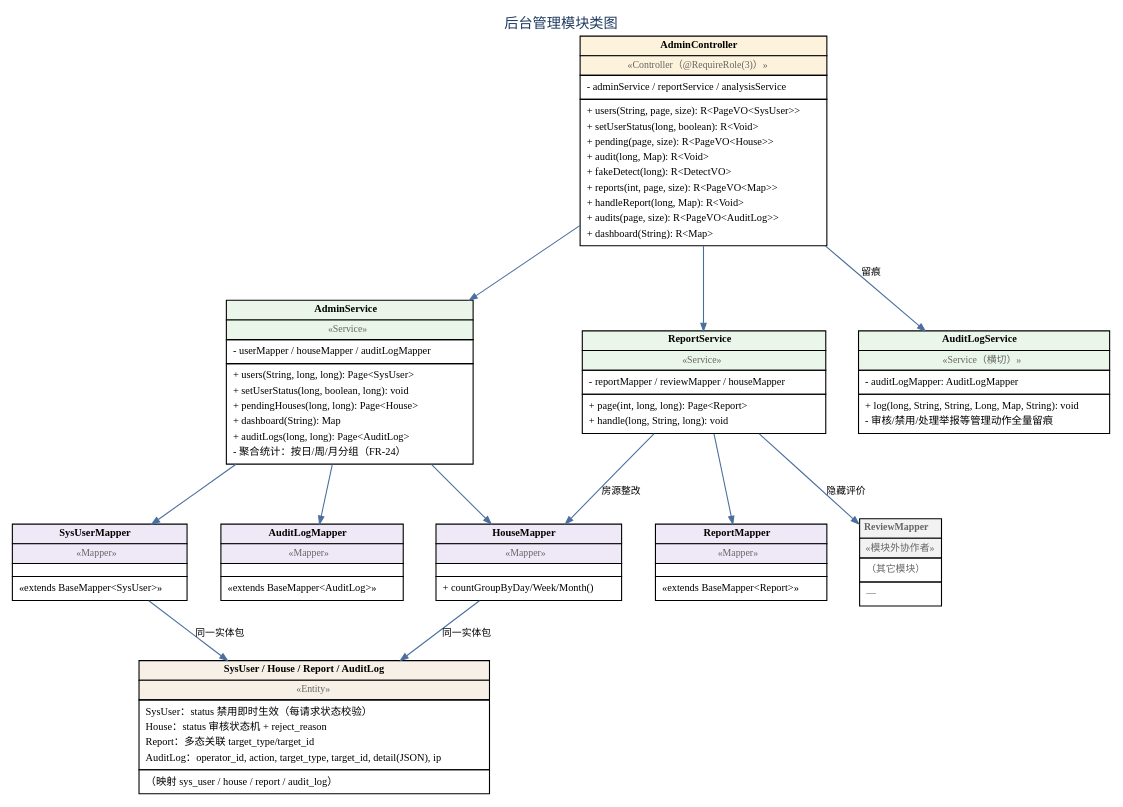
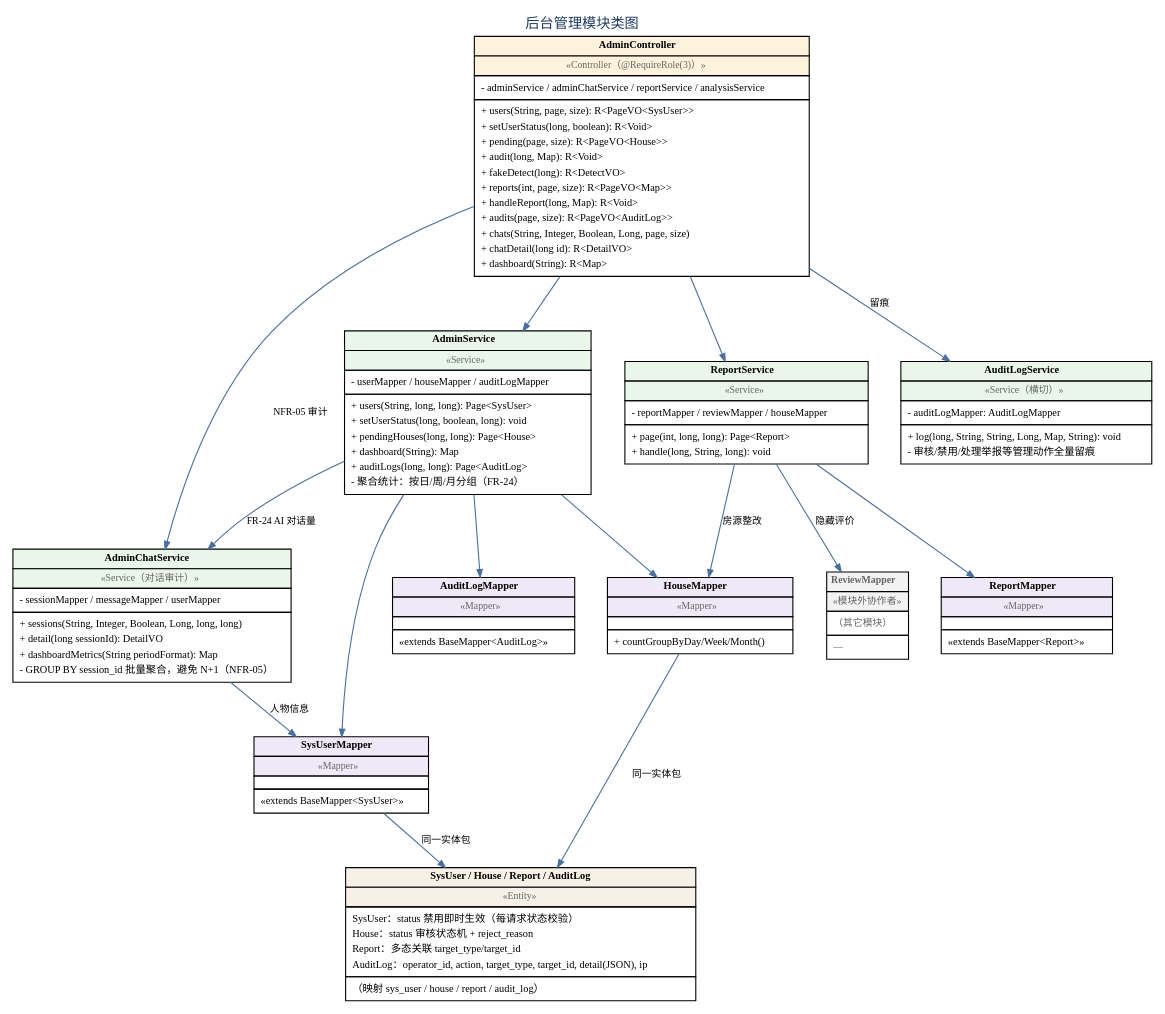
One commit to chuanshanjia666/RentAgent changed the diagram in doc/03.概要设计/assets/figures/fig_3_1_cls_admin.dot. Above: the diagram before and after it, drawn with Graphviz. The commit also changed 32 other files, not shown here.

Commit message:
feat:添加管理员后台视图

```diff
--- a/doc/03.概要设计/assets/figures/fig_3_1_cls_admin.dot
+++ b/doc/03.概要设计/assets/figures/fig_3_1_cls_admin.dot
@@ -5,25 +5,29 @@
   node  [fontname="Microsoft YaHei", fontsize=9.5, shape=plaintext, margin=0];
   edge  [fontname="Microsoft YaHei", fontsize=9, color="#4a6f9e", penwidth=1.0,
          arrowsize=0.7, style=solid];
-  n0 [shape=plaintext, label=<<TABLE BORDER="0" CELLBORDER="1" CELLSPACING="0" CELLPADDING="3"><TR><TD BGCOLOR="#fdf3dc"><B>AdminController</B></TD></TR><TR><TD BGCOLOR="#fdf3dc"><FONT POINT-SIZE="9" COLOR="#666666">&#171;Controller（@RequireRole(3)）&#187;</FONT></TD></TR><TR><TD ALIGN="LEFT" BALIGN="LEFT"><TABLE BORDER="0" CELLBORDER="0" CELLSPACING="0"><TR><TD ALIGN="LEFT" BALIGN="LEFT">- adminService / reportService / analysisService</TD></TR></TABLE></TD></TR><TR><TD ALIGN="LEFT" BALIGN="LEFT"><TABLE BORDER="0" CELLBORDER="0" CELLSPACING="0"><TR><TD ALIGN="LEFT" BALIGN="LEFT">+ users(String, page, size): R&lt;PageVO&lt;SysUser&gt;&gt;</TD></TR><TR><TD ALIGN="LEFT" BALIGN="LEFT">+ setUserStatus(long, boolean): R&lt;Void&gt;</TD></TR><TR><TD ALIGN="LEFT" BALIGN="LEFT">+ pending(page, size): R&lt;PageVO&lt;House&gt;&gt;</TD></TR><TR><TD ALIGN="LEFT" BALIGN="LEFT">+ audit(long, Map): R&lt;Void&gt;</TD></TR><TR><TD ALIGN="LEFT" BALIGN="LEFT">+ fakeDetect(long): R&lt;DetectVO&gt;</TD></TR><TR><TD ALIGN="LEFT" BALIGN="LEFT">+ reports(int, page, size): R&lt;PageVO&lt;Map&gt;&gt;</TD></TR><TR><TD ALIGN="LEFT" BALIGN="LEFT">+ handleReport(long, Map): R&lt;Void&gt;</TD></TR><TR><TD ALIGN="LEFT" BALIGN="LEFT">+ audits(page, size): R&lt;PageVO&lt;AuditLog&gt;&gt;</TD></TR><TR><TD ALIGN="LEFT" BALIGN="LEFT">+ dashboard(String): R&lt;Map&gt;</TD></TR></TABLE></TD></TR></TABLE>>];
+  n0 [shape=plaintext, label=<<TABLE BORDER="0" CELLBORDER="1" CELLSPACING="0" CELLPADDING="3"><TR><TD BGCOLOR="#fdf3dc"><B>AdminController</B></TD></TR><TR><TD BGCOLOR="#fdf3dc"><FONT POINT-SIZE="9" COLOR="#666666">&#171;Controller（@RequireRole(3)）&#187;</FONT></TD></TR><TR><TD ALIGN="LEFT" BALIGN="LEFT"><TABLE BORDER="0" CELLBORDER="0" CELLSPACING="0"><TR><TD ALIGN="LEFT" BALIGN="LEFT">- adminService / adminChatService / reportService / analysisService</TD></TR></TABLE></TD></TR><TR><TD ALIGN="LEFT" BALIGN="LEFT"><TABLE BORDER="0" CELLBORDER="0" CELLSPACING="0"><TR><TD ALIGN="LEFT" BALIGN="LEFT">+ users(String, page, size): R&lt;PageVO&lt;SysUser&gt;&gt;</TD></TR><TR><TD ALIGN="LEFT" BALIGN="LEFT">+ setUserStatus(long, boolean): R&lt;Void&gt;</TD></TR><TR><TD ALIGN="LEFT" BALIGN="LEFT">+ pending(page, size): R&lt;PageVO&lt;House&gt;&gt;</TD></TR><TR><TD ALIGN="LEFT" BALIGN="LEFT">+ audit(long, Map): R&lt;Void&gt;</TD></TR><TR><TD ALIGN="LEFT" BALIGN="LEFT">+ fakeDetect(long): R&lt;DetectVO&gt;</TD></TR><TR><TD ALIGN="LEFT" BALIGN="LEFT">+ reports(int, page, size): R&lt;PageVO&lt;Map&gt;&gt;</TD></TR><TR><TD ALIGN="LEFT" BALIGN="LEFT">+ handleReport(long, Map): R&lt;Void&gt;</TD></TR><TR><TD ALIGN="LEFT" BALIGN="LEFT">+ audits(page, size): R&lt;PageVO&lt;AuditLog&gt;&gt;</TD></TR><TR><TD ALIGN="LEFT" BALIGN="LEFT">+ chats(String, Integer, Boolean, Long, page, size)</TD></TR><TR><TD ALIGN="LEFT" BALIGN="LEFT">+ chatDetail(long id): R&lt;DetailVO&gt;</TD></TR><TR><TD ALIGN="LEFT" BALIGN="LEFT">+ dashboard(String): R&lt;Map&gt;</TD></TR></TABLE></TD></TR></TABLE>>];
   n1 [shape=plaintext, label=<<TABLE BORDER="0" CELLBORDER="1" CELLSPACING="0" CELLPADDING="3"><TR><TD BGCOLOR="#eaf6ea"><B>AdminService</B></TD></TR><TR><TD BGCOLOR="#eaf6ea"><FONT POINT-SIZE="9" COLOR="#666666">&#171;Service&#187;</FONT></TD></TR><TR><TD ALIGN="LEFT" BALIGN="LEFT"><TABLE BORDER="0" CELLBORDER="0" CELLSPACING="0"><TR><TD ALIGN="LEFT" BALIGN="LEFT">- userMapper / houseMapper / auditLogMapper</TD></TR></TABLE></TD></TR><TR><TD ALIGN="LEFT" BALIGN="LEFT"><TABLE BORDER="0" CELLBORDER="0" CELLSPACING="0"><TR><TD ALIGN="LEFT" BALIGN="LEFT">+ users(String, long, long): Page&lt;SysUser&gt;</TD></TR><TR><TD ALIGN="LEFT" BALIGN="LEFT">+ setUserStatus(long, boolean, long): void</TD></TR><TR><TD ALIGN="LEFT" BALIGN="LEFT">+ pendingHouses(long, long): Page&lt;House&gt;</TD></TR><TR><TD ALIGN="LEFT" BALIGN="LEFT">+ dashboard(String): Map</TD></TR><TR><TD ALIGN="LEFT" BALIGN="LEFT">+ auditLogs(long, long): Page&lt;AuditLog&gt;</TD></TR><TR><TD ALIGN="LEFT" BALIGN="LEFT">- 聚合统计：按日/周/月分组（FR-24）</TD></TR></TABLE></TD></TR></TABLE>>];
-  n2 [shape=plaintext, label=<<TABLE BORDER="0" CELLBORDER="1" CELLSPACING="0" CELLPADDING="3"><TR><TD BGCOLOR="#eaf6ea"><B>ReportService</B></TD></TR><TR><TD BGCOLOR="#eaf6ea"><FONT POINT-SIZE="9" COLOR="#666666">&#171;Service&#187;</FONT></TD></TR><TR><TD ALIGN="LEFT" BALIGN="LEFT"><TABLE BORDER="0" CELLBORDER="0" CELLSPACING="0"><TR><TD ALIGN="LEFT" BALIGN="LEFT">- reportMapper / reviewMapper / houseMapper</TD></TR></TABLE></TD></TR><TR><TD ALIGN="LEFT" BALIGN="LEFT"><TABLE BORDER="0" CELLBORDER="0" CELLSPACING="0"><TR><TD ALIGN="LEFT" BALIGN="LEFT">+ page(int, long, long): Page&lt;Report&gt;</TD></TR><TR><TD ALIGN="LEFT" BALIGN="LEFT">+ handle(long, String, long): void</TD></TR></TABLE></TD></TR></TABLE>>];
-  n3 [shape=plaintext, label=<<TABLE BORDER="0" CELLBORDER="1" CELLSPACING="0" CELLPADDING="3"><TR><TD BGCOLOR="#eaf6ea"><B>AuditLogService</B></TD></TR><TR><TD BGCOLOR="#eaf6ea"><FONT POINT-SIZE="9" COLOR="#666666">&#171;Service（横切）&#187;</FONT></TD></TR><TR><TD ALIGN="LEFT" BALIGN="LEFT"><TABLE BORDER="0" CELLBORDER="0" CELLSPACING="0"><TR><TD ALIGN="LEFT" BALIGN="LEFT">- auditLogMapper: AuditLogMapper</TD></TR></TABLE></TD></TR><TR><TD ALIGN="LEFT" BALIGN="LEFT"><TABLE BORDER="0" CELLBORDER="0" CELLSPACING="0"><TR><TD ALIGN="LEFT" BALIGN="LEFT">+ log(long, String, String, Long, Map, String): void</TD></TR><TR><TD ALIGN="LEFT" BALIGN="LEFT">- 审核/禁用/处理举报等管理动作全量留痕</TD></TR></TABLE></TD></TR></TABLE>>];
-  n4 [shape=plaintext, label=<<TABLE BORDER="0" CELLBORDER="1" CELLSPACING="0" CELLPADDING="3"><TR><TD BGCOLOR="#efe9f7"><B>SysUserMapper</B></TD></TR><TR><TD BGCOLOR="#efe9f7"><FONT POINT-SIZE="9" COLOR="#666666">&#171;Mapper&#187;</FONT></TD></TR><TR><TD ALIGN="LEFT" BALIGN="LEFT"><TABLE BORDER="0" CELLBORDER="0" CELLSPACING="0"><TR><TD ALIGN="LEFT" BALIGN="LEFT"></TD></TR></TABLE></TD></TR><TR><TD ALIGN="LEFT" BALIGN="LEFT"><TABLE BORDER="0" CELLBORDER="0" CELLSPACING="0"><TR><TD ALIGN="LEFT" BALIGN="LEFT">&#171;extends BaseMapper&lt;SysUser&gt;&#187;</TD></TR></TABLE></TD></TR></TABLE>>];
-  n5 [shape=plaintext, label=<<TABLE BORDER="0" CELLBORDER="1" CELLSPACING="0" CELLPADDING="3"><TR><TD BGCOLOR="#efe9f7"><B>HouseMapper</B></TD></TR><TR><TD BGCOLOR="#efe9f7"><FONT POINT-SIZE="9" COLOR="#666666">&#171;Mapper&#187;</FONT></TD></TR><TR><TD ALIGN="LEFT" BALIGN="LEFT"><TABLE BORDER="0" CELLBORDER="0" CELLSPACING="0"><TR><TD ALIGN="LEFT" BALIGN="LEFT"></TD></TR></TABLE></TD></TR><TR><TD ALIGN="LEFT" BALIGN="LEFT"><TABLE BORDER="0" CELLBORDER="0" CELLSPACING="0"><TR><TD ALIGN="LEFT" BALIGN="LEFT">+ countGroupByDay/Week/Month()</TD></TR></TABLE></TD></TR></TABLE>>];
-  n6 [shape=plaintext, label=<<TABLE BORDER="0" CELLBORDER="1" CELLSPACING="0" CELLPADDING="3"><TR><TD BGCOLOR="#efe9f7"><B>ReportMapper</B></TD></TR><TR><TD BGCOLOR="#efe9f7"><FONT POINT-SIZE="9" COLOR="#666666">&#171;Mapper&#187;</FONT></TD></TR><TR><TD ALIGN="LEFT" BALIGN="LEFT"><TABLE BORDER="0" CELLBORDER="0" CELLSPACING="0"><TR><TD ALIGN="LEFT" BALIGN="LEFT"></TD></TR></TABLE></TD></TR><TR><TD ALIGN="LEFT" BALIGN="LEFT"><TABLE BORDER="0" CELLBORDER="0" CELLSPACING="0"><TR><TD ALIGN="LEFT" BALIGN="LEFT">&#171;extends BaseMapper&lt;Report&gt;&#187;</TD></TR></TABLE></TD></TR></TABLE>>];
-  n7 [shape=plaintext, label=<<TABLE BORDER="0" CELLBORDER="1" CELLSPACING="0" CELLPADDING="3"><TR><TD BGCOLOR="#efe9f7"><B>AuditLogMapper</B></TD></TR><TR><TD BGCOLOR="#efe9f7"><FONT POINT-SIZE="9" COLOR="#666666">&#171;Mapper&#187;</FONT></TD></TR><TR><TD ALIGN="LEFT" BALIGN="LEFT"><TABLE BORDER="0" CELLBORDER="0" CELLSPACING="0"><TR><TD ALIGN="LEFT" BALIGN="LEFT"></TD></TR></TABLE></TD></TR><TR><TD ALIGN="LEFT" BALIGN="LEFT"><TABLE BORDER="0" CELLBORDER="0" CELLSPACING="0"><TR><TD ALIGN="LEFT" BALIGN="LEFT">&#171;extends BaseMapper&lt;AuditLog&gt;&#187;</TD></TR></TABLE></TD></TR></TABLE>>];
-  n8 [shape=plaintext, label=<<TABLE BORDER="0" CELLBORDER="1" CELLSPACING="0" CELLPADDING="3"><TR><TD BGCOLOR="#f7f0e6"><B>SysUser / House / Report / AuditLog</B></TD></TR><TR><TD BGCOLOR="#f7f0e6"><FONT POINT-SIZE="9" COLOR="#666666">&#171;Entity&#187;</FONT></TD></TR><TR><TD ALIGN="LEFT" BALIGN="LEFT"><TABLE BORDER="0" CELLBORDER="0" CELLSPACING="0"><TR><TD ALIGN="LEFT" BALIGN="LEFT">SysUser：status 禁用即时生效（每请求状态校验）</TD></TR><TR><TD ALIGN="LEFT" BALIGN="LEFT">House：status 审核状态机 + reject_reason</TD></TR><TR><TD ALIGN="LEFT" BALIGN="LEFT">Report：多态关联 target_type/target_id</TD></TR><TR><TD ALIGN="LEFT" BALIGN="LEFT">AuditLog：operator_id, action, target_type, target_id, detail(JSON), ip</TD></TR></TABLE></TD></TR><TR><TD ALIGN="LEFT" BALIGN="LEFT"><TABLE BORDER="0" CELLBORDER="0" CELLSPACING="0"><TR><TD ALIGN="LEFT" BALIGN="LEFT">（映射 sys_user / house / report / audit_log）</TD></TR></TABLE></TD></TR></TABLE>>];
-  x9 [shape=plaintext, fontsize=9, fontcolor="#666666", label=<<TABLE BORDER="0" CELLBORDER="1" CELLSPACING="0" CELLPADDING="3"><TR><TD BGCOLOR="#f2f2f2"><B>ReviewMapper</B></TD></TR><TR><TD BGCOLOR="#f2f2f2"><FONT POINT-SIZE="9" COLOR="#666666">&#171;模块外协作者&#187;</FONT></TD></TR><TR><TD ALIGN="LEFT" BALIGN="LEFT"><TABLE BORDER="0" CELLBORDER="0" CELLSPACING="0"><TR><TD ALIGN="LEFT" BALIGN="LEFT">（其它模块）</TD></TR></TABLE></TD></TR><TR><TD ALIGN="LEFT" BALIGN="LEFT"><TABLE BORDER="0" CELLBORDER="0" CELLSPACING="0"><TR><TD ALIGN="LEFT" BALIGN="LEFT">—</TD></TR></TABLE></TD></TR></TABLE>>];
+  n2 [shape=plaintext, label=<<TABLE BORDER="0" CELLBORDER="1" CELLSPACING="0" CELLPADDING="3"><TR><TD BGCOLOR="#eaf6ea"><B>AdminChatService</B></TD></TR><TR><TD BGCOLOR="#eaf6ea"><FONT POINT-SIZE="9" COLOR="#666666">&#171;Service（对话审计）&#187;</FONT></TD></TR><TR><TD ALIGN="LEFT" BALIGN="LEFT"><TABLE BORDER="0" CELLBORDER="0" CELLSPACING="0"><TR><TD ALIGN="LEFT" BALIGN="LEFT">- sessionMapper / messageMapper / userMapper</TD></TR></TABLE></TD></TR><TR><TD ALIGN="LEFT" BALIGN="LEFT"><TABLE BORDER="0" CELLBORDER="0" CELLSPACING="0"><TR><TD ALIGN="LEFT" BALIGN="LEFT">+ sessions(String, Integer, Boolean, Long, long, long)</TD></TR><TR><TD ALIGN="LEFT" BALIGN="LEFT">+ detail(long sessionId): DetailVO</TD></TR><TR><TD ALIGN="LEFT" BALIGN="LEFT">+ dashboardMetrics(String periodFormat): Map</TD></TR><TR><TD ALIGN="LEFT" BALIGN="LEFT">- GROUP BY session_id 批量聚合，避免 N+1（NFR-05）</TD></TR></TABLE></TD></TR></TABLE>>];
+  n3 [shape=plaintext, label=<<TABLE BORDER="0" CELLBORDER="1" CELLSPACING="0" CELLPADDING="3"><TR><TD BGCOLOR="#eaf6ea"><B>ReportService</B></TD></TR><TR><TD BGCOLOR="#eaf6ea"><FONT POINT-SIZE="9" COLOR="#666666">&#171;Service&#187;</FONT></TD></TR><TR><TD ALIGN="LEFT" BALIGN="LEFT"><TABLE BORDER="0" CELLBORDER="0" CELLSPACING="0"><TR><TD ALIGN="LEFT" BALIGN="LEFT">- reportMapper / reviewMapper / houseMapper</TD></TR></TABLE></TD></TR><TR><TD ALIGN="LEFT" BALIGN="LEFT"><TABLE BORDER="0" CELLBORDER="0" CELLSPACING="0"><TR><TD ALIGN="LEFT" BALIGN="LEFT">+ page(int, long, long): Page&lt;Report&gt;</TD></TR><TR><TD ALIGN="LEFT" BALIGN="LEFT">+ handle(long, String, long): void</TD></TR></TABLE></TD></TR></TABLE>>];
+  n4 [shape=plaintext, label=<<TABLE BORDER="0" CELLBORDER="1" CELLSPACING="0" CELLPADDING="3"><TR><TD BGCOLOR="#eaf6ea"><B>AuditLogService</B></TD></TR><TR><TD BGCOLOR="#eaf6ea"><FONT POINT-SIZE="9" COLOR="#666666">&#171;Service（横切）&#187;</FONT></TD></TR><TR><TD ALIGN="LEFT" BALIGN="LEFT"><TABLE BORDER="0" CELLBORDER="0" CELLSPACING="0"><TR><TD ALIGN="LEFT" BALIGN="LEFT">- auditLogMapper: AuditLogMapper</TD></TR></TABLE></TD></TR><TR><TD ALIGN="LEFT" BALIGN="LEFT"><TABLE BORDER="0" CELLBORDER="0" CELLSPACING="0"><TR><TD ALIGN="LEFT" BALIGN="LEFT">+ log(long, String, String, Long, Map, String): void</TD></TR><TR><TD ALIGN="LEFT" BALIGN="LEFT">- 审核/禁用/处理举报等管理动作全量留痕</TD></TR></TABLE></TD></TR></TABLE>>];
+  n5 [shape=plaintext, label=<<TABLE BORDER="0" CELLBORDER="1" CELLSPACING="0" CELLPADDING="3"><TR><TD BGCOLOR="#efe9f7"><B>SysUserMapper</B></TD></TR><TR><TD BGCOLOR="#efe9f7"><FONT POINT-SIZE="9" COLOR="#666666">&#171;Mapper&#187;</FONT></TD></TR><TR><TD ALIGN="LEFT" BALIGN="LEFT"><TABLE BORDER="0" CELLBORDER="0" CELLSPACING="0"><TR><TD ALIGN="LEFT" BALIGN="LEFT"></TD></TR></TABLE></TD></TR><TR><TD ALIGN="LEFT" BALIGN="LEFT"><TABLE BORDER="0" CELLBORDER="0" CELLSPACING="0"><TR><TD ALIGN="LEFT" BALIGN="LEFT">&#171;extends BaseMapper&lt;SysUser&gt;&#187;</TD></TR></TABLE></TD></TR></TABLE>>];
+  n6 [shape=plaintext, label=<<TABLE BORDER="0" CELLBORDER="1" CELLSPACING="0" CELLPADDING="3"><TR><TD BGCOLOR="#efe9f7"><B>HouseMapper</B></TD></TR><TR><TD BGCOLOR="#efe9f7"><FONT POINT-SIZE="9" COLOR="#666666">&#171;Mapper&#187;</FONT></TD></TR><TR><TD ALIGN="LEFT" BALIGN="LEFT"><TABLE BORDER="0" CELLBORDER="0" CELLSPACING="0"><TR><TD ALIGN="LEFT" BALIGN="LEFT"></TD></TR></TABLE></TD></TR><TR><TD ALIGN="LEFT" BALIGN="LEFT"><TABLE BORDER="0" CELLBORDER="0" CELLSPACING="0"><TR><TD ALIGN="LEFT" BALIGN="LEFT">+ countGroupByDay/Week/Month()</TD></TR></TABLE></TD></TR></TABLE>>];
+  n7 [shape=plaintext, label=<<TABLE BORDER="0" CELLBORDER="1" CELLSPACING="0" CELLPADDING="3"><TR><TD BGCOLOR="#efe9f7"><B>ReportMapper</B></TD></TR><TR><TD BGCOLOR="#efe9f7"><FONT POINT-SIZE="9" COLOR="#666666">&#171;Mapper&#187;</FONT></TD></TR><TR><TD ALIGN="LEFT" BALIGN="LEFT"><TABLE BORDER="0" CELLBORDER="0" CELLSPACING="0"><TR><TD ALIGN="LEFT" BALIGN="LEFT"></TD></TR></TABLE></TD></TR><TR><TD ALIGN="LEFT" BALIGN="LEFT"><TABLE BORDER="0" CELLBORDER="0" CELLSPACING="0"><TR><TD ALIGN="LEFT" BALIGN="LEFT">&#171;extends BaseMapper&lt;Report&gt;&#187;</TD></TR></TABLE></TD></TR></TABLE>>];
+  n8 [shape=plaintext, label=<<TABLE BORDER="0" CELLBORDER="1" CELLSPACING="0" CELLPADDING="3"><TR><TD BGCOLOR="#efe9f7"><B>AuditLogMapper</B></TD></TR><TR><TD BGCOLOR="#efe9f7"><FONT POINT-SIZE="9" COLOR="#666666">&#171;Mapper&#187;</FONT></TD></TR><TR><TD ALIGN="LEFT" BALIGN="LEFT"><TABLE BORDER="0" CELLBORDER="0" CELLSPACING="0"><TR><TD ALIGN="LEFT" BALIGN="LEFT"></TD></TR></TABLE></TD></TR><TR><TD ALIGN="LEFT" BALIGN="LEFT"><TABLE BORDER="0" CELLBORDER="0" CELLSPACING="0"><TR><TD ALIGN="LEFT" BALIGN="LEFT">&#171;extends BaseMapper&lt;AuditLog&gt;&#187;</TD></TR></TABLE></TD></TR></TABLE>>];
+  n9 [shape=plaintext, label=<<TABLE BORDER="0" CELLBORDER="1" CELLSPACING="0" CELLPADDING="3"><TR><TD BGCOLOR="#f7f0e6"><B>SysUser / House / Report / AuditLog</B></TD></TR><TR><TD BGCOLOR="#f7f0e6"><FONT POINT-SIZE="9" COLOR="#666666">&#171;Entity&#187;</FONT></TD></TR><TR><TD ALIGN="LEFT" BALIGN="LEFT"><TABLE BORDER="0" CELLBORDER="0" CELLSPACING="0"><TR><TD ALIGN="LEFT" BALIGN="LEFT">SysUser：status 禁用即时生效（每请求状态校验）</TD></TR><TR><TD ALIGN="LEFT" BALIGN="LEFT">House：status 审核状态机 + reject_reason</TD></TR><TR><TD ALIGN="LEFT" BALIGN="LEFT">Report：多态关联 target_type/target_id</TD></TR><TR><TD ALIGN="LEFT" BALIGN="LEFT">AuditLog：operator_id, action, target_type, target_id, detail(JSON), ip</TD></TR></TABLE></TD></TR><TR><TD ALIGN="LEFT" BALIGN="LEFT"><TABLE BORDER="0" CELLBORDER="0" CELLSPACING="0"><TR><TD ALIGN="LEFT" BALIGN="LEFT">（映射 sys_user / house / report / audit_log）</TD></TR></TABLE></TD></TR></TABLE>>];
+  x10 [shape=plaintext, fontsize=9, fontcolor="#666666", label=<<TABLE BORDER="0" CELLBORDER="1" CELLSPACING="0" CELLPADDING="3"><TR><TD BGCOLOR="#f2f2f2"><B>ReviewMapper</B></TD></TR><TR><TD BGCOLOR="#f2f2f2"><FONT POINT-SIZE="9" COLOR="#666666">&#171;模块外协作者&#187;</FONT></TD></TR><TR><TD ALIGN="LEFT" BALIGN="LEFT"><TABLE BORDER="0" CELLBORDER="0" CELLSPACING="0"><TR><TD ALIGN="LEFT" BALIGN="LEFT">（其它模块）</TD></TR></TABLE></TD></TR><TR><TD ALIGN="LEFT" BALIGN="LEFT"><TABLE BORDER="0" CELLBORDER="0" CELLSPACING="0"><TR><TD ALIGN="LEFT" BALIGN="LEFT">—</TD></TR></TABLE></TD></TR></TABLE>>];
   n0 -> n1;
-  n0 -> n2;
-  n0 -> n3 [label="留痕"];
-  n1 -> n4;
+  n0 -> n2 [label="NFR-05 审计"];
+  n0 -> n3;
+  n0 -> n4 [label="留痕"];
+  n2 -> n5 [label="人物信息"];
+  n1 -> n2 [label="FR-24 AI 对话量"];
   n1 -> n5;
-  n1 -> n7;
-  n2 -> n6;
-  n2 -> x9 [label="隐藏评价"];
-  n2 -> n5 [label="房源整改"];
-  n4 -> n8 [label="同一实体包"];
-  n5 -> n8 [label="同一实体包"];
+  n1 -> n6;
+  n1 -> n8;
+  n3 -> n7;
+  n3 -> x10 [label="隐藏评价"];
+  n3 -> n6 [label="房源整改"];
+  n5 -> n9 [label="同一实体包"];
+  n6 -> n9 [label="同一实体包"];
 }
```
